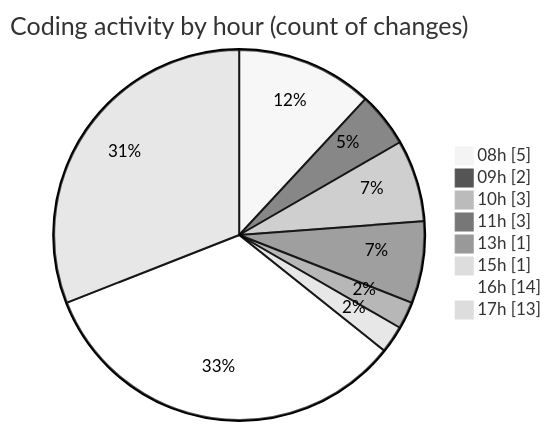
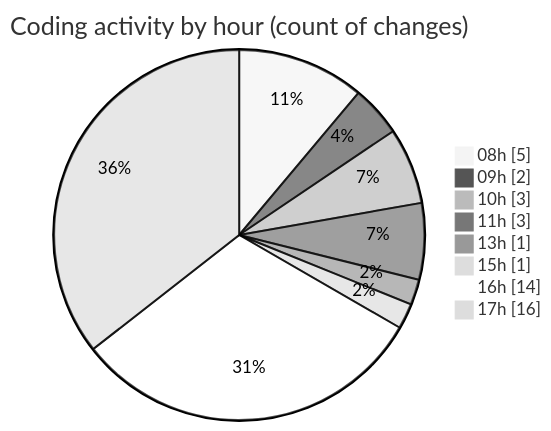
One commit to julien-gomy/code-tracking changed the second of 2 diagrams in 2025-10-27/eventscop-frontend-guide__workspace_/README.md. Above: the diagram before and after it, drawn with Mermaid (neutral theme). The commit also changed other lines of this file and 1 other file, not shown here.

````diff
--- a/2025-10-27/eventscop-frontend-guide__workspace_/README.md
+++ b/2025-10-27/eventscop-frontend-guide__workspace_/README.md
@@ -41,12 +42,12 @@
 ```mermaid
 pie showData
 title Coding activity by hour (count of changes)
 "08h" : 5
 "09h" : 2
 "10h" : 3
 "11h" : 3
 "13h" : 1
 "15h" : 1
 "16h" : 14
-"17h" : 13
+"17h" : 16
 ```
````
